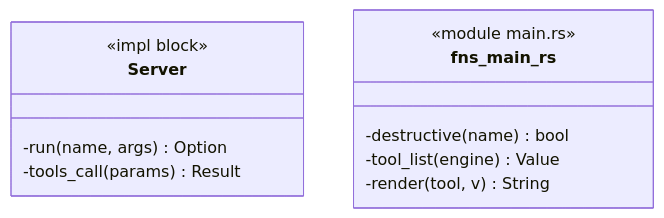
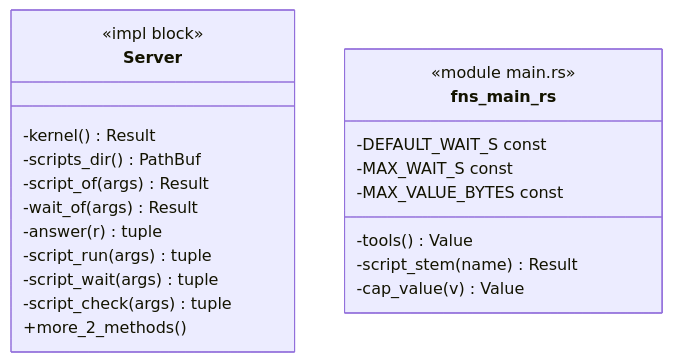
Before and after one commit to p-j-r/nyx: the diagram in docs/architecture/c4/4-code/mcp/tools.md, drawn with Mermaid. The commit also changed other lines of this file and 93 other files, not shown here.

````diff
--- a/docs/architecture/c4/4-code/mcp/tools.md
+++ b/docs/architecture/c4/4-code/mcp/tools.md
@@ -30,14 +31,24 @@
 ```mermaid
 classDiagram
   class Server {
       <<impl block>>
-      -run(name, args) Option
-      -tools_call(params) Result
+      -kernel() Result
+      -scripts_dir() PathBuf
+      -script_of(args) Result
+      -wait_of(args) Result
+      -answer(r) tuple
+      -script_run(args) tuple
+      -script_wait(args) tuple
+      -script_check(args) tuple
+      +more_2_methods()
   }
   class fns_main_rs {
       <<module main.rs>>
-      -destructive(name) bool
-      -tool_list(engine) Value
-      -render(tool, v) String
+      -tools() Value
+      -script_stem(name) Result
+      -cap_value(v) Value
+      -DEFAULT_WAIT_S const
+      -MAX_WAIT_S const
+      -MAX_VALUE_BYTES const
   }
 ```
````
